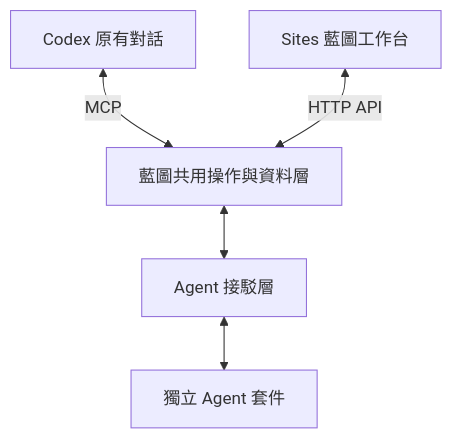
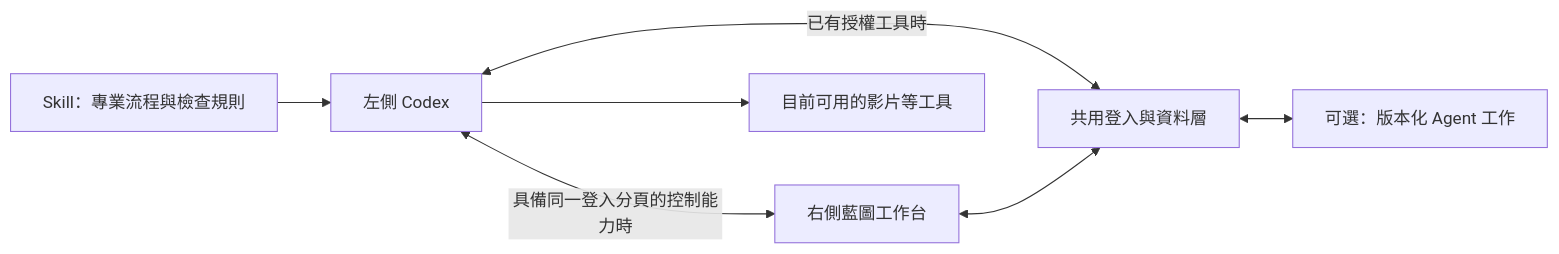
One commit to collieai-g/Blueprint-Studio-Open-Source changed the diagram in docs/AGENT_ROADMAP.md. Above: the diagram before and after it, drawn with Mermaid. The commit also changed other lines of this file and 40 other files, not shown here.

````diff
--- a/docs/AGENT_ROADMAP.md
+++ b/docs/AGENT_ROADMAP.md
@@ -11,7 +9,9 @@
 ```mermaid
-flowchart TB
-  C[Codex 原有對話] <-->|MCP| B[藍圖共用操作與資料層]
-  S[Sites 藍圖工作台] <-->|HTTP API| B
-  B <--> A[Agent 接駁層]
-  A <--> P[獨立 Agent 套件]
+flowchart LR
+  K[Skill：專業流程與檢查規則] --> C[左側 Codex]
+  C <-->|具備同一登入分頁的控制能力時| W[右側藍圖工作台]
+  C <-->|已有授權工具時| B[共用登入與資料層]
+  W <--> B
+  C --> T[目前可用的影片等工具]
+  B <--> A[可選：版本化 Agent 工作]
 ```
````
